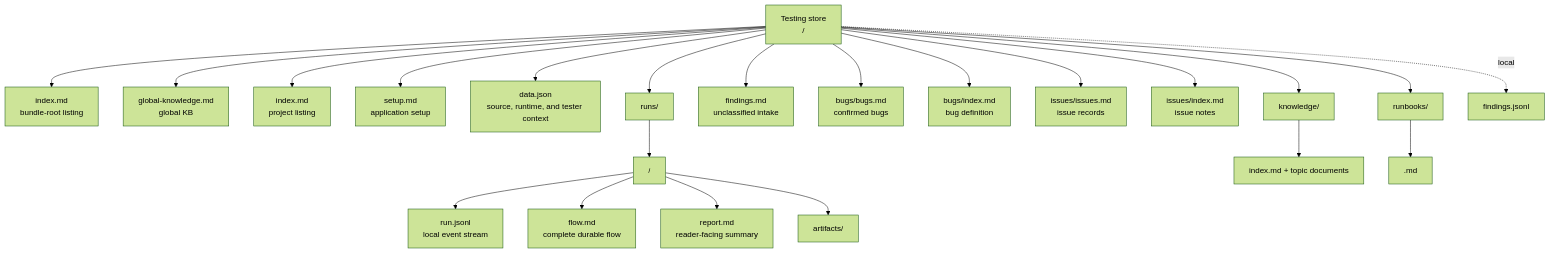
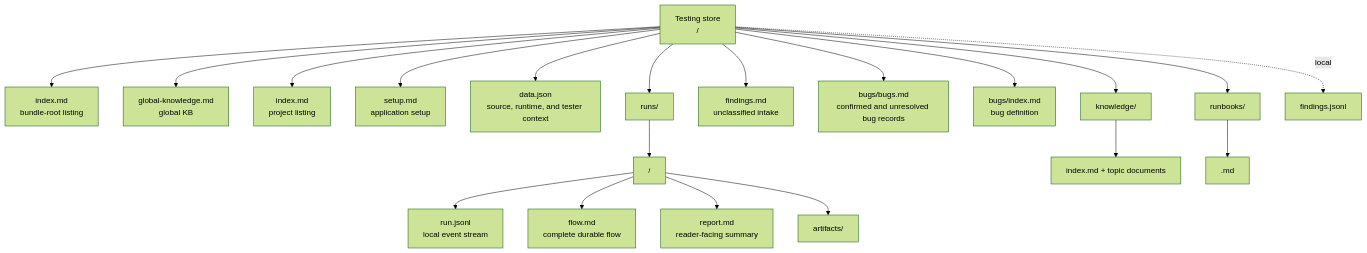
One commit to abs-bot-01/abs-tester-data changed the fifth of 5 diagrams in architecture.md. Above: the diagram before and after it, drawn with Mermaid (forest theme). The commit also changed other lines of this file and 7 other files, not shown here.

````diff
--- a/architecture.md
+++ b/architecture.md
@@ -83,27 +83,25 @@
 ```mermaid
 flowchart TD
     ROOT["Testing store<br/><data-root>/"]
     ROOT --> BI["index.md<br/>bundle-root listing"]
     ROOT --> GK["global-knowledge.md<br/>global KB"]
     ROOT --> PI["index.md<br/>project listing"]
     ROOT --> SETUP["setup.md<br/>application setup"]
     ROOT --> DATA["data.json<br/>source, runtime, and tester context"]
     ROOT --> RUNS["runs/"]
     ROOT --> FIND["findings.md<br/>unclassified intake"]
-    ROOT --> BUGS["bugs/bugs.md<br/>confirmed bugs"]
+    ROOT --> BUGS["bugs/bugs.md<br/>confirmed and unresolved bug records"]
     ROOT --> BUG_INDEX["bugs/index.md<br/>bug definition"]
-    ROOT --> ISSUES["issues/issues.md<br/>issue records"]
-    ROOT --> ISSUE_INDEX["issues/index.md<br/>issue notes"]
     ROOT --> KB["knowledge/"]
     ROOT --> RB["runbooks/"]
     ROOT -. local .-> FINDINGS_LOCAL["findings.jsonl"]
 
     RUNS --> RUN["<run-id>/"]
     RUN --> EVENTS_LOCAL["run.jsonl<br/>local event stream"]
     RUN --> FLOW["flow.md<br/>complete durable flow"]
     RUN --> REPORT["report.md<br/>reader-facing summary"]
     RUN --> ART["artifacts/"]
 
     KB --> KBI["index.md + topic documents"]
     RB --> RBF["<runbook-id>.md"]
 ```
````
